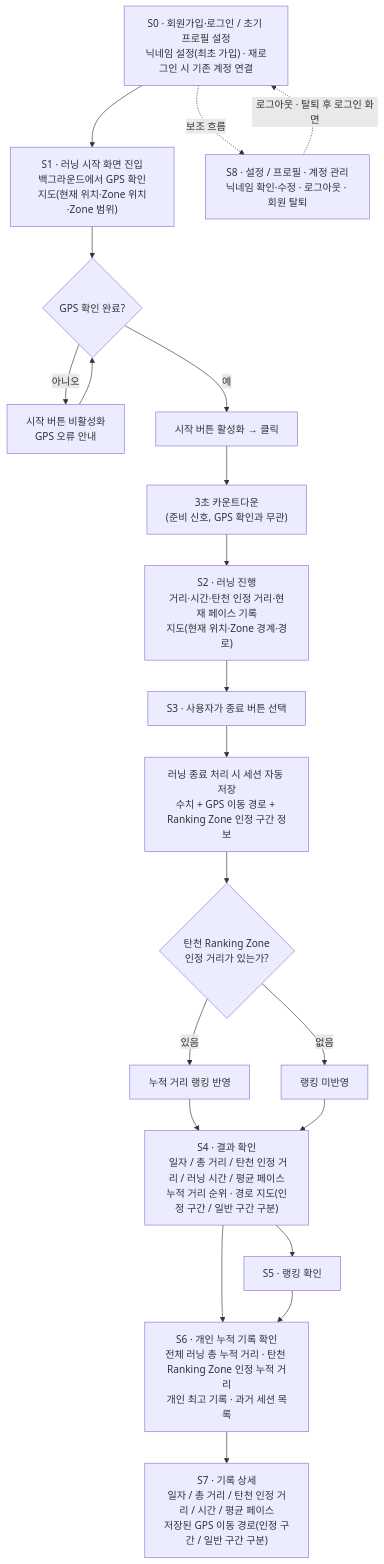
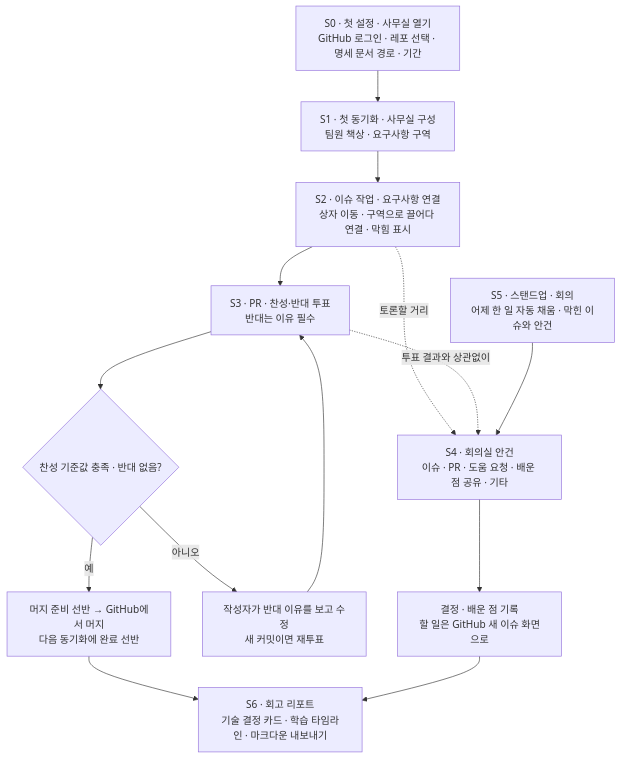
Before and after one commit to SamdoRyu/docs-for-PJ-review: the diagram in docs/02-workflow.md, drawn with Mermaid. The commit also changed other lines of this file, not shown here.

Commit message:
docs: 02-workflow 팀 오피스 기준으로 재작성

````diff
--- a/docs/02-workflow.md
+++ b/docs/02-workflow.md
@@ -37,36 +37,23 @@
 ```mermaid
 flowchart TD
-    S0["S0 · 회원가입·로그인 / 초기 프로필 설정<br/>닉네임 설정(최초 가입) · 재로그인 시 기존 계정 연결"]
-    --> S1["S1 · 러닝 시작 화면 진입<br/>백그라운드에서 GPS 확인<br/>지도(현재 위치·Zone 위치·Zone 범위)"]
+    S0["S0 · 첫 설정 · 사무실 열기<br/>GitHub 로그인 · 레포 선택 · 명세 문서 경로 · 기간"]
+    --> S1["S1 · 첫 동기화 · 사무실 구성<br/>팀원 책상 · 요구사항 구역"]
 
-    S0 -. 보조 흐름 .-> S8["S8 · 설정 / 프로필 · 계정 관리<br/>닉네임 확인·수정 · 로그아웃 · 회원 탈퇴"]
-    S8 -. 로그아웃 · 탈퇴 후 로그인 화면 .-> S0
+    S1 --> S2["S2 · 이슈 작업 · 요구사항 연결<br/>상자 이동 · 구역으로 끌어다 연결 · 막힘 표시"]
 
-    S1 --> G{"GPS 확인 완료?"}
+    S2 --> S3["S3 · PR · 찬성·반대 투표<br/>반대는 이유 필수"]
 
-    G -->|아니오| E["시작 버튼 비활성화<br/>GPS 오류 안내"]
-    E --> G
+    S3 --> V{"찬성 기준값 충족 · 반대 없음?"}
+    V -->|예| M["머지 준비 선반 → GitHub에서 머지<br/>다음 동기화에 완료 선반"]
+    V -->|아니오| F["작성자가 반대 이유를 보고 수정<br/>새 커밋이면 재투표"]
+    F --> S3
 
-    G -->|예| B["시작 버튼 활성화 → 클릭"]
-    B --> C["3초 카운트다운<br/>(준비 신호, GPS 확인과 무관)"]
-    C --> S2["S2 · 러닝 진행<br/>거리·시간·탄천 인정 거리·현재 페이스 기록<br/>지도(현재 위치·Zone 경계·경로)"]
+    S2 -. 토론할 거리 .-> S4["S4 · 회의실 안건<br/>이슈 · PR · 도움 요청 · 배운 점 공유 · 기타"]
+    S3 -. 투표 결과와 상관없이 .-> S4
 
-    S2 --> S3["S3 · 사용자가 종료 버튼 선택"]
+    S5["S5 · 스탠드업 · 회의<br/>어제 한 일 자동 채움 · 막힌 이슈와 안건"] --> S4
+    S4 --> D["결정 · 배운 점 기록<br/>할 일은 GitHub 새 이슈 화면으로"]
 
-    S3 --> SAVE["러닝 종료 처리 시 세션 자동 저장<br/>수치 + GPS 이동 경로 + Ranking Zone 인정 구간 정보"]
-
-    SAVE --> ZONE_CHK{"탄천 Ranking Zone<br/>인정 거리가 있는가?"}
-
-    ZONE_CHK -->|있음| RANK_IN["누적 거리 랭킹 반영"]
-    ZONE_CHK -->|없음| RANK_OUT["랭킹 미반영"]
-
-    RANK_IN --> S4["S4 · 결과 확인<br/> 일자 / 총 거리 / 탄천 인정 거리 / 러닝 시간 / 평균 페이스<br/>누적 거리 순위 · 경로 지도(인정 구간 / 일반 구간 구분)"]
-    RANK_OUT --> S4
-
-    S4 --> S5["S5 · 랭킹 확인"]
-    S4 --> S6["S6 · 개인 누적 기록 확인<br/>전체 러닝 총 누적 거리 · 탄천 Ranking Zone 인정 누적 거리<br/>개인 최고 기록 · 과거 세션 목록"]
-
-    S5 --> S6
-
-    S6 --> S7["S7 · 기록 상세<br/>일자 / 총 거리 / 탄천 인정 거리 / 시간 / 평균 페이스<br/>저장된 GPS 이동 경로(인정 구간 / 일반 구간 구분)"]
+    M --> S6["S6 · 회고 리포트<br/>기술 결정 카드 · 학습 타임라인 · 마크다운 내보내기"]
+    D --> S6
 ```
````
